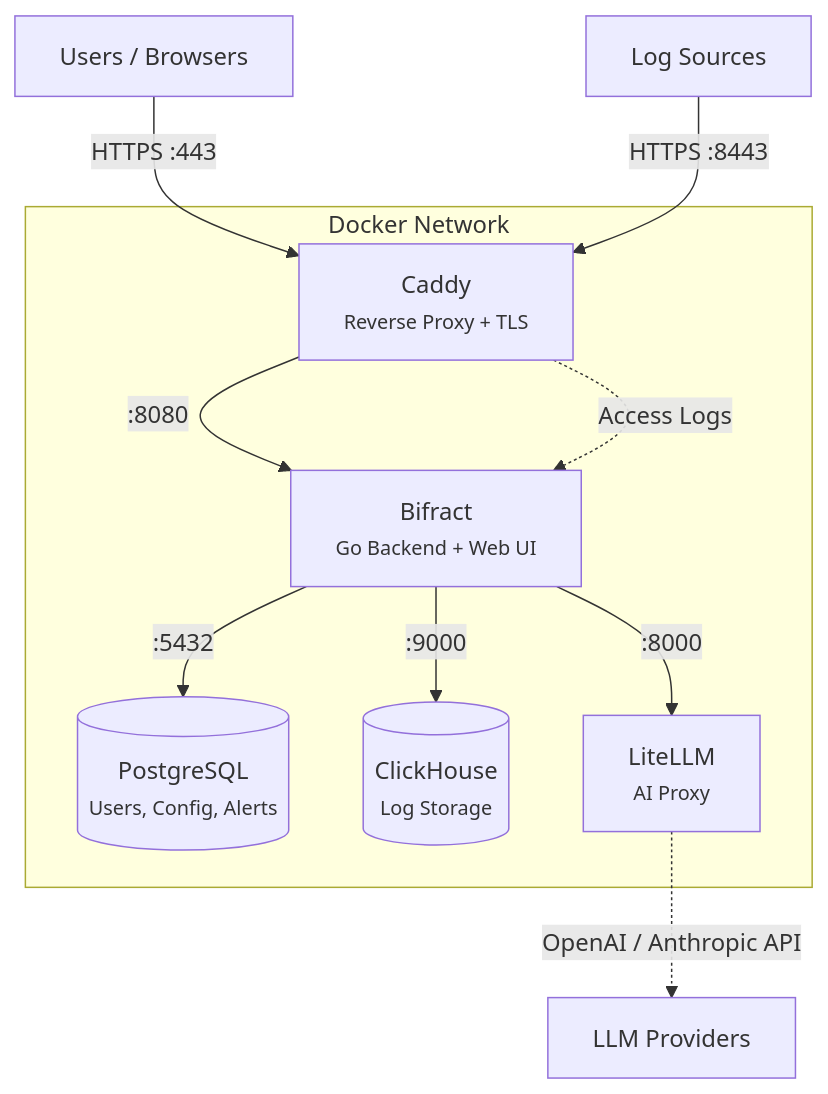
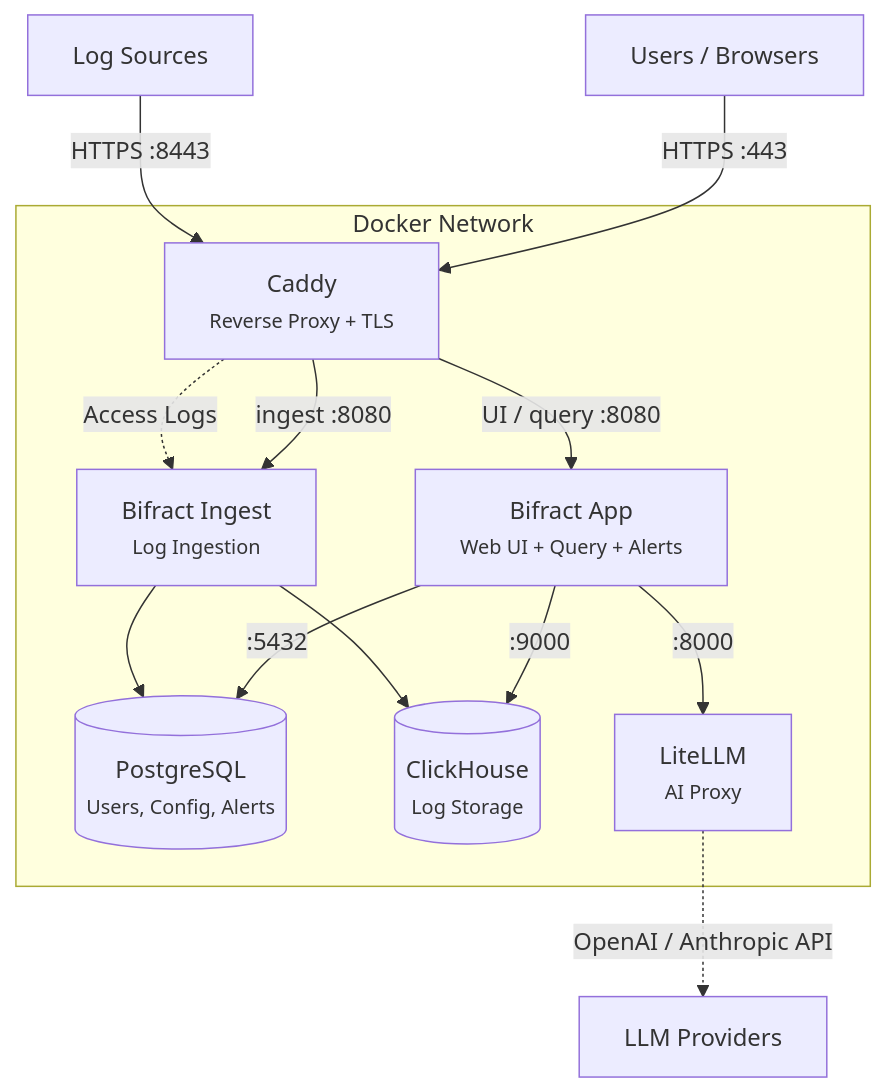
One commit to zaneGittins/bifract changed the diagram in docs/getting-started/installation.md. Above: the diagram before and after it, drawn with Mermaid. The commit also changed other lines of this file and 57 other files, not shown here.

````diff
--- a/docs/getting-started/installation.md
+++ b/docs/getting-started/installation.md
@@ -23,22 +23,26 @@
 ```mermaid
 graph TB
     users["Users / Browsers"]
     sources["Log Sources"]
 
     subgraph docker ["Docker Network"]
         caddy["Caddy<br/><small>Reverse Proxy + TLS</small>"]
-        bifract["Bifract<br/><small>Go Backend + Web UI</small>"]
+        app["Bifract App<br/><small>Web UI + Query + Alerts</small>"]
+        ingest["Bifract Ingest<br/><small>Log Ingestion</small>"]
         pg[("PostgreSQL<br/><small>Users, Config, Alerts</small>")]
         ch[("ClickHouse<br/><small>Log Storage</small>")]
         litellm["LiteLLM<br/><small>AI Proxy</small>"]
     end
 
     users -- "HTTPS :443" --> caddy
     sources -- "HTTPS :8443" --> caddy
-    caddy -- ":8080" --> bifract
-    caddy -. "Access Logs" .-> bifract
-    bifract -- ":5432" --> pg
-    bifract -- ":9000" --> ch
-    bifract -- ":8000" --> litellm
+    caddy -- "UI / query :8080" --> app
+    caddy -- "ingest :8080" --> ingest
+    caddy -. "Access Logs" .-> ingest
+    app -- ":5432" --> pg
+    app -- ":9000" --> ch
+    ingest --> pg
+    ingest --> ch
+    app -- ":8000" --> litellm
     litellm -. "OpenAI / Anthropic API" .-> ext["LLM Providers"]
 ```
````
